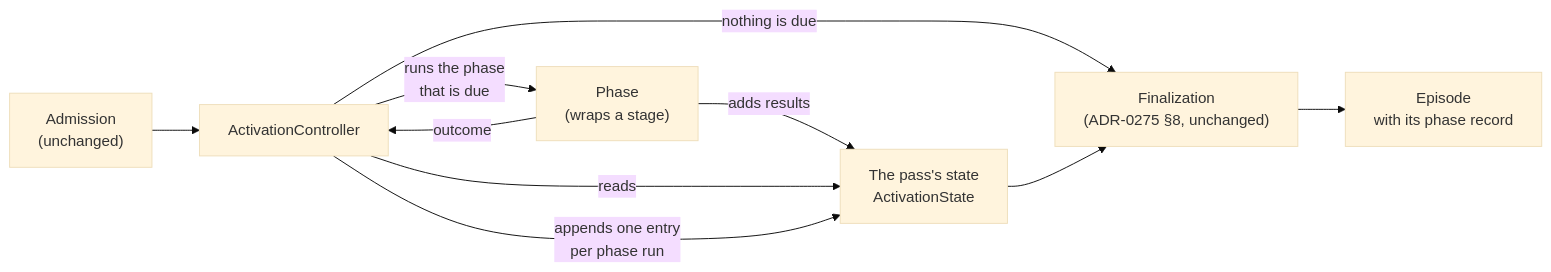
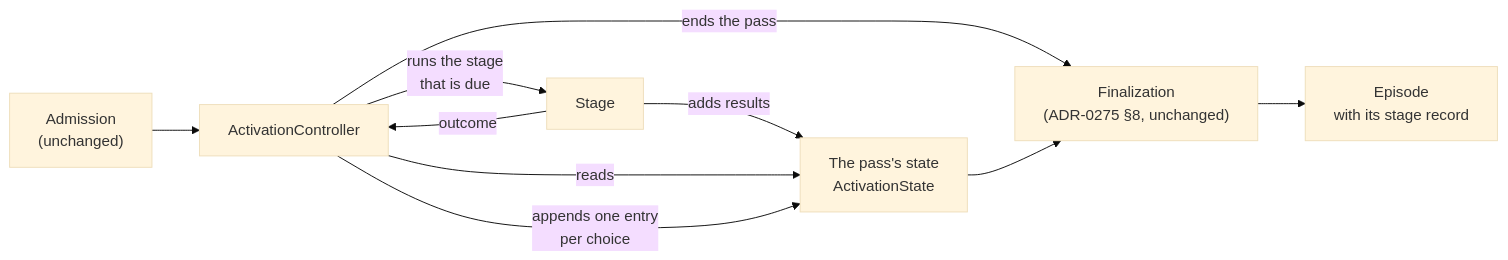
One commit to leonapivato/ai-assistant changed the diagram in docs/proposals/activation-controller.md. Above: the diagram before and after it, drawn with Mermaid (base theme). The commit also changed other lines of this file, not shown here.

````diff
--- a/docs/proposals/activation-controller.md
+++ b/docs/proposals/activation-controller.md
@@ -51,12 +95,12 @@
 ```mermaid
 flowchart LR
     A["Admission<br/>(unchanged)"] --> C["ActivationController"]
-    C -->|"runs the phase<br/>that is due"| P["Phase<br/>(wraps a stage)"]
-    P -->|"outcome"| C
-    P -->|"adds results"| W["The pass's state<br/>ActivationState"]
+    C -->|"runs the stage<br/>that is due"| S["Stage"]
+    S -->|"outcome"| C
+    S -->|"adds results"| W["The pass's state<br/>ActivationState"]
     C -->|"reads"| W
-    C -->|"appends one entry<br/>per phase run"| W
-    C -->|"nothing is due"| F["Finalization<br/>(ADR-0275 §8, unchanged)"]
+    C -->|"appends one entry<br/>per choice"| W
+    C -->|"ends the pass"| F["Finalization<br/>(ADR-0275 §8, unchanged)"]
     W --> F
-    F --> E["Episode<br/>with its phase record"]
+    F --> E["Episode<br/>with its stage record"]
 ```
````
